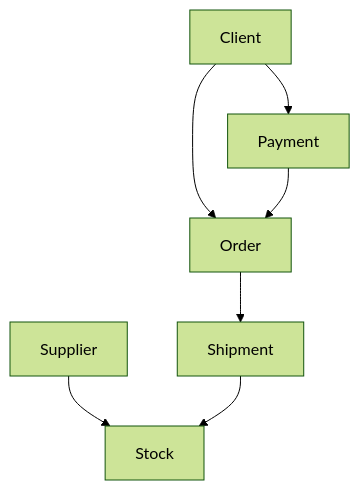
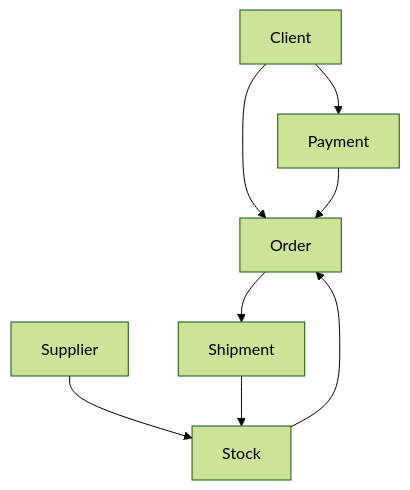
Before and after one commit to malazbw/Shopping_Online-using_GO: the first of 2 diagrams in docs/Architektur.md, drawn with Mermaid (forest theme).

````diff
--- a/docs/Architektur.md
+++ b/docs/Architektur.md
@@ -4,9 +4,10 @@
 ```mermaid
 graph TD;
   Client-->Order;
   Client-->Payment;
   Supplier-->Stock;
   Payment-->Order;
   Order-->Shipment;
   Shipment-->Stock;
+  Stock-->Order;
 ```
````
